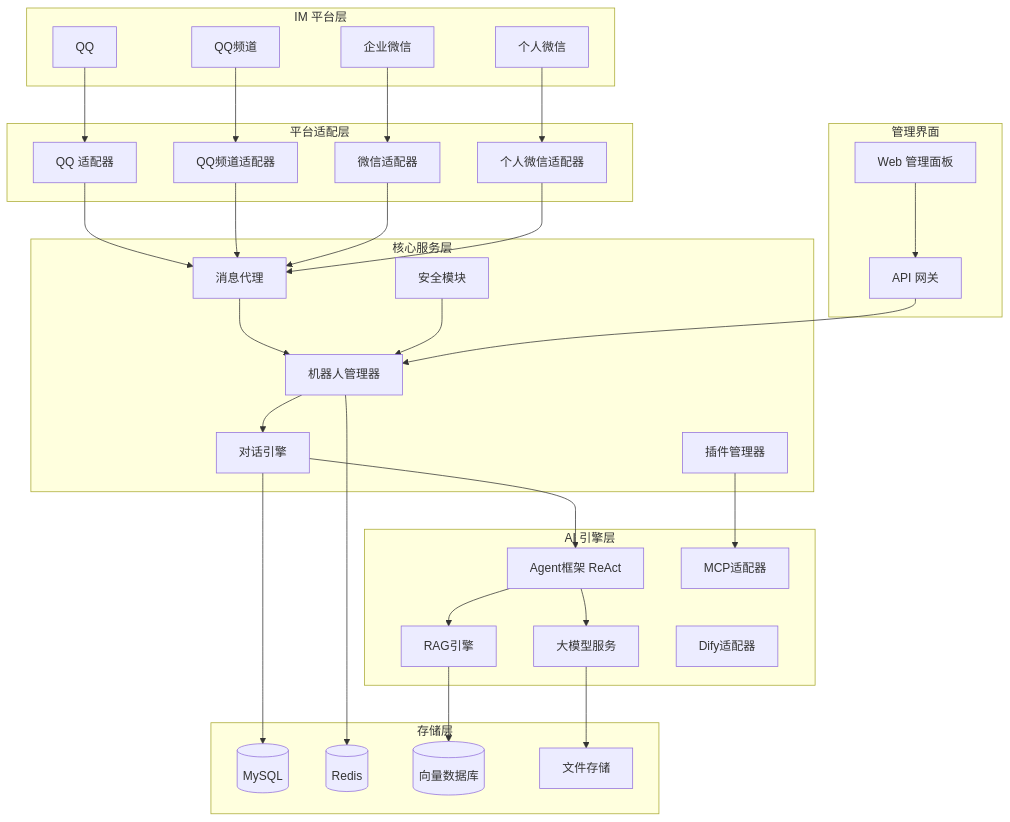
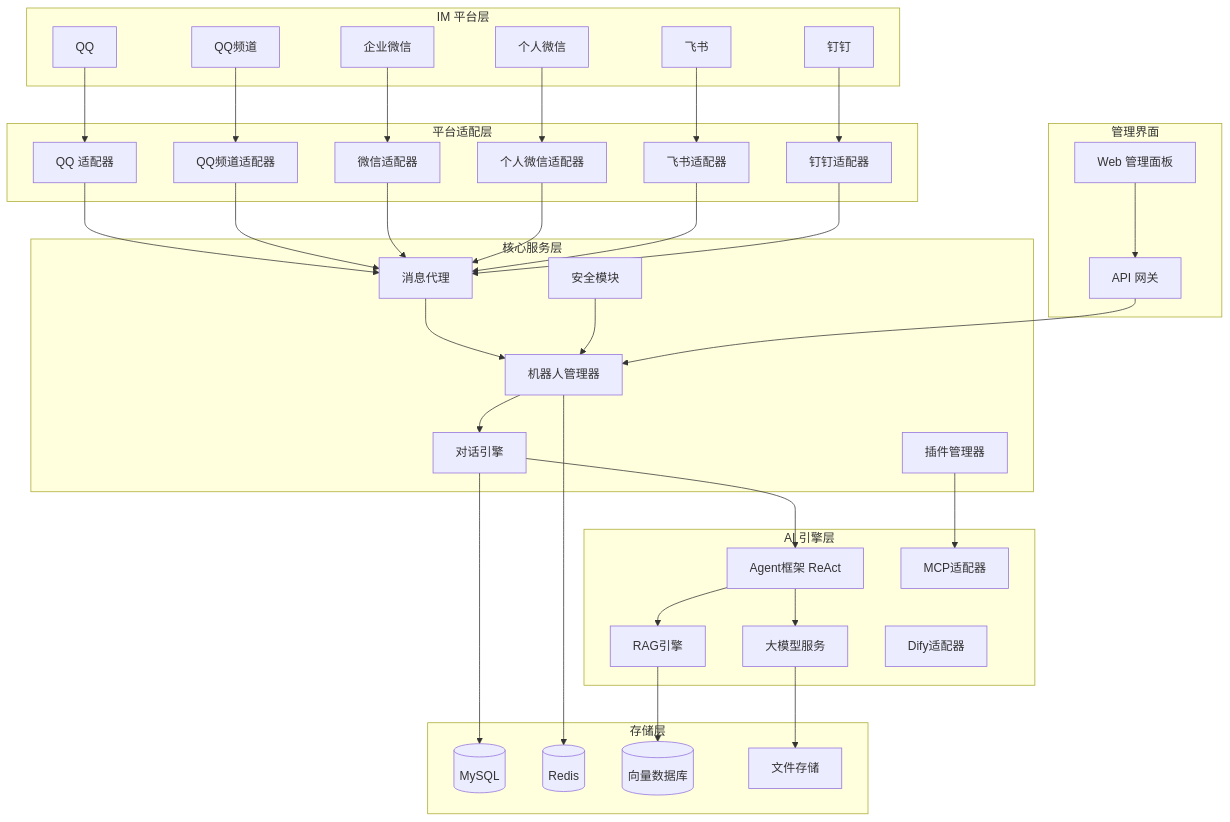
One commit to WYZlalalaugh/ChatWithAgent changed the first of 30 diagrams in open-source-im-robot-platform.md. Above: the diagram before and after it, drawn with Mermaid. The commit also changed other lines of this file, not shown here.

````diff
--- a/open-source-im-robot-platform.md
+++ b/open-source-im-robot-platform.md
@@ -27,71 +27,79 @@
 ```mermaid
 graph TB
     subgraph "IM 平台层"
         QQ[QQ]
         QQChannel[QQ频道]
         WeChat[企业微信]
         WeChatPersonal[个人微信]
+        Feishu[飞书]
+        DingTalk[钉钉]
     end
     
     subgraph "平台适配层"
         QQAdapter[QQ 适配器]
         QQChannelAdapter[QQ频道适配器]
         WeChatAdapter[微信适配器]
         WeChatPersonalAdapter[个人微信适配器]
+        FeishuAdapter[飞书适配器]
+        DingTalkAdapter[钉钉适配器]
     end
     
     subgraph "核心服务层"
         MessageBroker[消息代理]
         BotManager[机器人管理器]
         ConversationEngine[对话引擎]
         PluginManager[插件管理器]
         SecurityModule[安全模块]
     end
     
     subgraph "AI 引擎层"
         LLMService[大模型服务]
         AgentFramework[Agent框架 ReAct]
         RAGEngine[RAG引擎]
         MCPAdapter[MCP适配器]
         DifyAdapter[Dify适配器]
     end
     
     subgraph "存储层"
         MySQLDB[(MySQL)]
         RedisCache[(Redis)]
         VectorDB[(向量数据库)]
         FileStorage[文件存储]
     end
     
     subgraph "管理界面"
         WebUI[Web 管理面板]
         APIGateway[API 网关]
     end
     
     QQ --> QQAdapter
     QQChannel --> QQChannelAdapter
     WeChat --> WeChatAdapter
     WeChatPersonal --> WeChatPersonalAdapter
+    Feishu --> FeishuAdapter
+    DingTalk --> DingTalkAdapter
     
     QQAdapter --> MessageBroker
     QQChannelAdapter --> MessageBroker
     WeChatAdapter --> MessageBroker
     WeChatPersonalAdapter --> MessageBroker
+    FeishuAdapter --> MessageBroker
+    DingTalkAdapter --> MessageBroker
     
     MessageBroker --> BotManager
     BotManager --> ConversationEngine
     ConversationEngine --> AgentFramework
     AgentFramework --> LLMService
     AgentFramework --> RAGEngine
     
     PluginManager --> MCPAdapter
     SecurityModule --> BotManager
     
     WebUI --> APIGateway
     APIGateway --> BotManager
     
     ConversationEngine --> MySQLDB
     BotManager --> RedisCache
     RAGEngine --> VectorDB
     LLMService --> FileStorage
 ```
````
